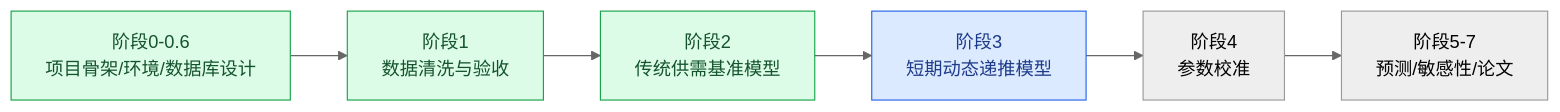
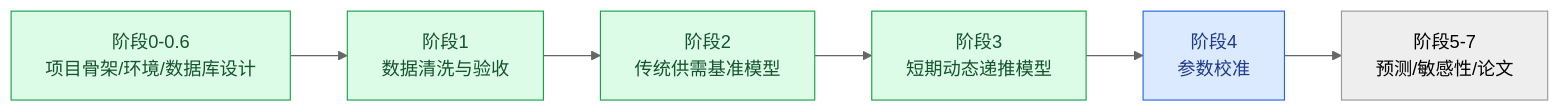
One commit to Timcai06/-A- changed the diagram in STATUS.md. Above: the diagram before and after it, drawn with Mermaid (neutral theme). The commit also changed other lines of this file and 14 other files, not shown here.

````diff
--- a/STATUS.md
+++ b/STATUS.md
@@ -9,16 +9,17 @@
 ```mermaid
 flowchart LR
     S0["阶段0-0.6<br/>项目骨架/环境/数据库设计"] --> S1["阶段1<br/>数据清洗与验收"]
     S1 --> S2["阶段2<br/>传统供需基准模型"]
     S2 --> S3["阶段3<br/>短期动态递推模型"]
     S3 --> S4["阶段4<br/>参数校准"]
     S4 --> S5["阶段5-7<br/>预测/敏感性/论文"]
 
     S0:::done
     S1:::done
     S2:::done
-    S3:::next
+    S3:::done
+    S4:::next
 
     classDef done fill:#dcfce7,stroke:#16a34a,color:#14532d
     classDef next fill:#dbeafe,stroke:#2563eb,color:#1e3a8a
 ```
````
